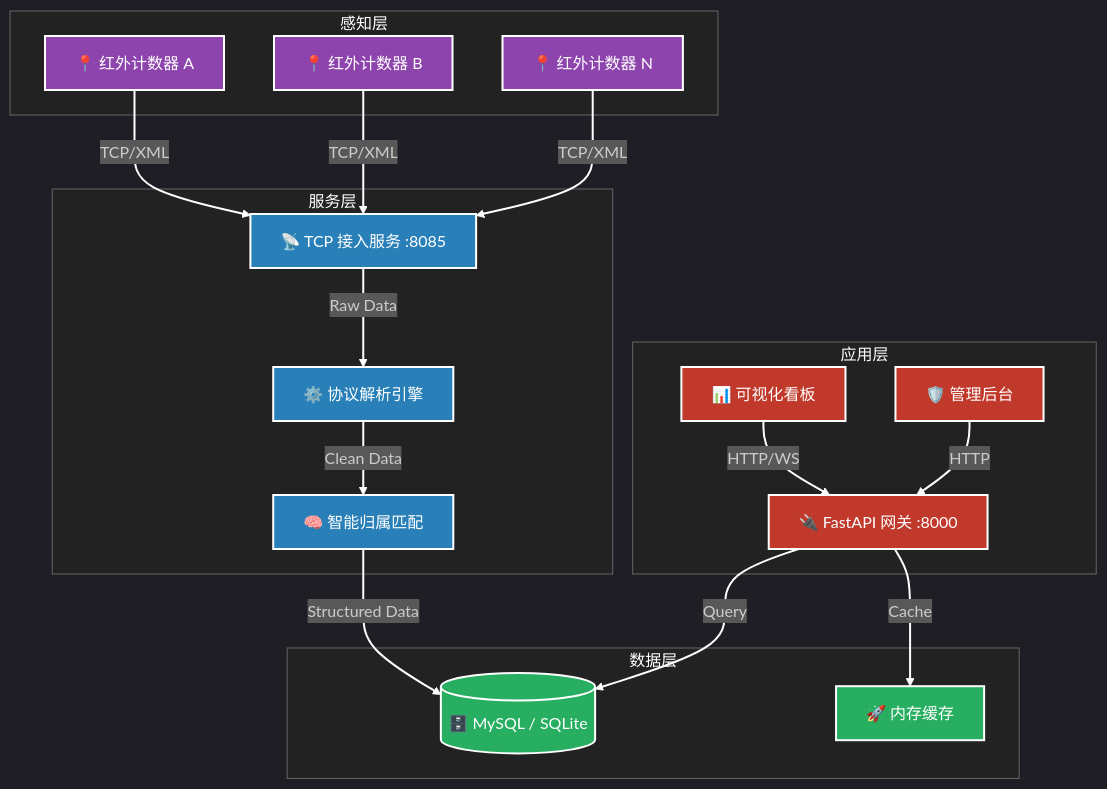
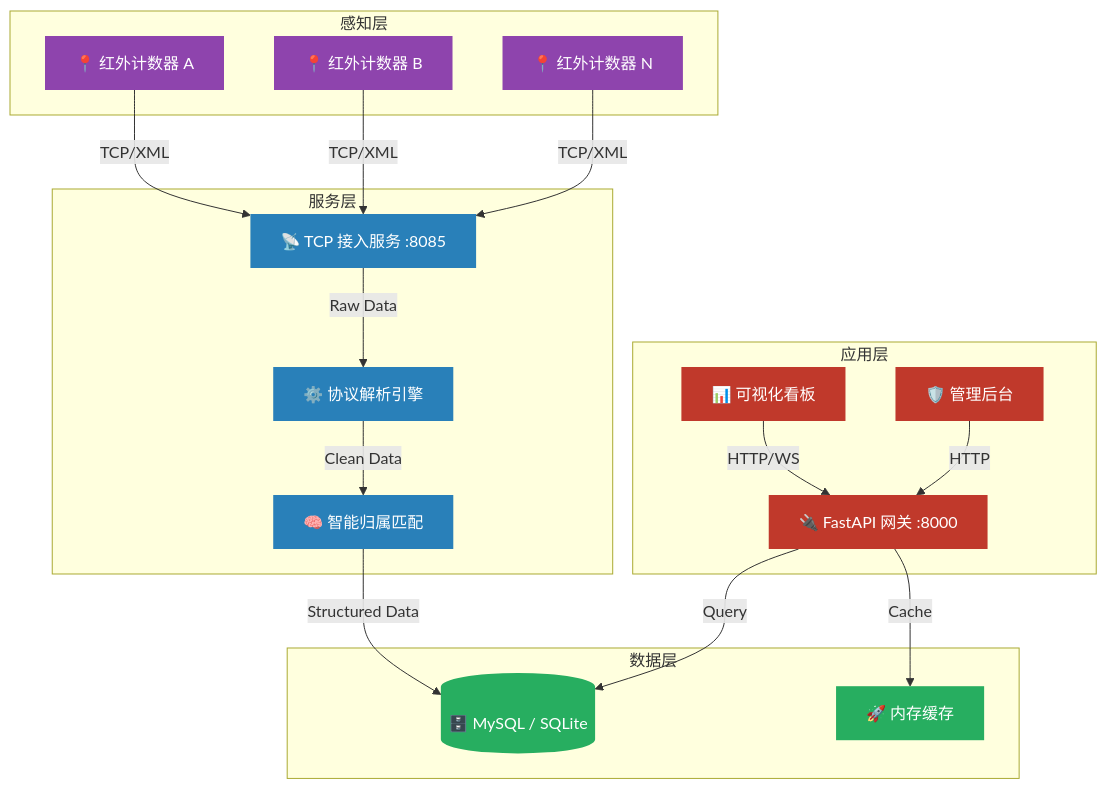
One commit to HF-CYGG/InfraCount changed the third of 7 diagrams in README.md. Above: the diagram before and after it, drawn with Mermaid. The commit also changed other lines of this file, not shown here.

Commit message:
docs: 移除图表暗色主题强制样式以支持主题自适应
移除所有mermaid图表中强制暗色主题的配置，改为使用默认主题样式。
修改节点边框为透明以更好适应不同背景主题，保持彩色填充和白色文字的可读性。

````diff
--- a/README.md
+++ b/README.md
@@ -151,51 +150,46 @@
 ```mermaid
-%%{init: {'theme': 'dark', 'themeVariables': { 'lineColor': '#ffffff' }}}%%
 graph TD
-    %% 全局样式：白色连线
-    linkStyle default stroke:#fff,stroke-width:2px;
+    %% 全局样式：使用默认连线颜色以适应亮/暗主题
+    %% linkStyle default stroke-width:2px;
 
-    %% 定义样式：高对比度暗色主题配色
-    classDef device fill:#8e44ad,stroke:#fff,stroke-width:2px,color:#fff;
-    classDef core fill:#2980b9,stroke:#fff,stroke-width:2px,color:#fff;
-    classDef db fill:#27ae60,stroke:#fff,stroke-width:2px,color:#fff;
-    classDef web fill:#c0392b,stroke:#fff,stroke-width:2px,color:#fff;
+    %% 定义样式：保留彩色背景与白字，边框设为透明以适应不同背景
+    classDef device fill:#8e44ad,stroke:none,color:#fff;
+    classDef core fill:#2980b9,stroke:none,color:#fff;
+    classDef db fill:#27ae60,stroke:none,color:#fff;
+    classDef web fill:#c0392b,stroke:none,color:#fff;
 
     subgraph IoT_Layer [感知层]
-        style IoT_Layer fill:#222,stroke:#666,color:#fff
         Device1[📍 红外计数器 A]:::device
         Device2[📍 红外计数器 B]:::device
         Device3[📍 红外计数器 N]:::device
     end
 
     subgraph Service_Layer [服务层]
-        style Service_Layer fill:#222,stroke:#666,color:#fff
         TCPServer[📡 TCP 接入服务 :8085]:::core
         Protocol[⚙️ 协议解析引擎]:::core
         Matcher[🧠 智能归属匹配]:::core
     end
 
     subgraph Data_Layer [数据层]
-        style Data_Layer fill:#222,stroke:#666,color:#fff
         DB[(🗄️ MySQL / SQLite)]:::db
         Cache[🚀 内存缓存]:::db
     end
 
     subgraph App_Layer [应用层]
-        style App_Layer fill:#222,stroke:#666,color:#fff
         API[🔌 FastAPI 网关 :8000]:::web
         Dashboard[📊 可视化看板]:::web
         Admin[🛡️ 管理后台]:::web
     end
 
     %% 链路关系
     Device1 & Device2 & Device3 -->|TCP/XML| TCPServer
     TCPServer -->|Raw Data| Protocol
     Protocol -->|Clean Data| Matcher
     Matcher -->|Structured Data| DB
     
     API -->|Query| DB
     API -->|Cache| Cache
     
     Dashboard -->|HTTP/WS| API
     Admin -->|HTTP| API
 ```
````
